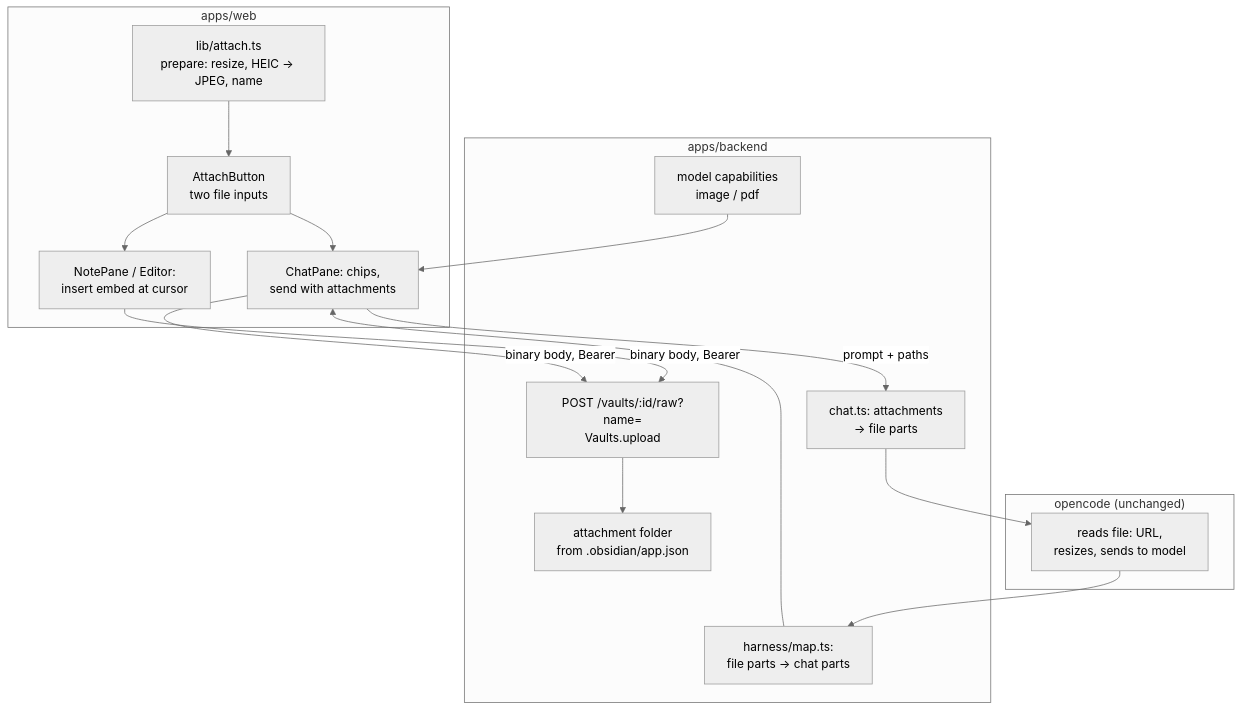
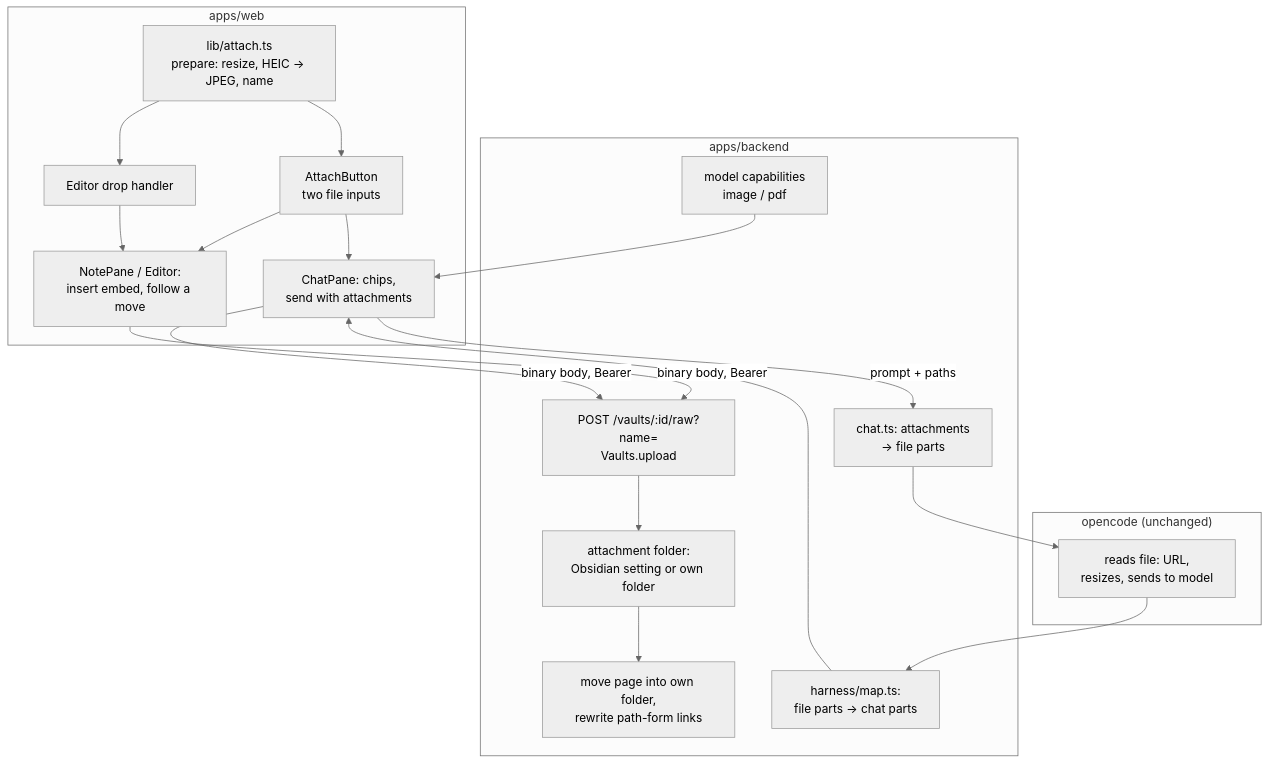
One commit to tillg/karpathy.app changed the second of 2 diagrams in specs/changes/attachments/proposal.md. Above: the diagram before and after it, drawn with Mermaid (neutral theme). The commit also changed other lines of this file and 3 other files, not shown here.

First line of the commit message:
spec(attachments): own-folder rule, page move, drag and drop

````diff
--- a/specs/changes/attachments/proposal.md
+++ b/specs/changes/attachments/proposal.md
@@ -108,25 +193,29 @@
 ```mermaid
 flowchart TB
     subgraph web["apps/web"]
       ATT[lib/attach.ts<br/>prepare: resize, HEIC → JPEG, name]
       AB[AttachButton<br/>two file inputs]
-      NP[NotePane / Editor:<br/>insert embed at cursor]
+      DD[Editor drop handler]
+      NP[NotePane / Editor:<br/>insert embed, follow a move]
       CP[ChatPane: chips,<br/>send with attachments]
     end
     subgraph backend["apps/backend"]
       UP["POST /vaults/:id/raw?name=<br/>Vaults.upload"]
-      AF[attachment folder<br/>from .obsidian/app.json]
+      AF[attachment folder:<br/>Obsidian setting or own folder]
+      MV[move page into own folder,<br/>rewrite path-form links]
       CH[chat.ts: attachments<br/>→ file parts]
       MAP[harness/map.ts:<br/>file parts → chat parts]
       CAP[model capabilities<br/>image / pdf]
     end
     subgraph oc["opencode (unchanged)"]
       OC[reads file: URL,<br/>resizes, sends to model]
     end
-    ATT --> AB --> NP & CP
+    ATT --> AB & DD
+    AB --> NP & CP
+    DD --> NP
     NP & CP -->|binary body, Bearer| UP
-    UP --> AF
+    UP --> AF --> MV
     CP -->|prompt + paths| CH --> OC
     OC --> MAP --> CP
     CAP --> CP
 ```
````
